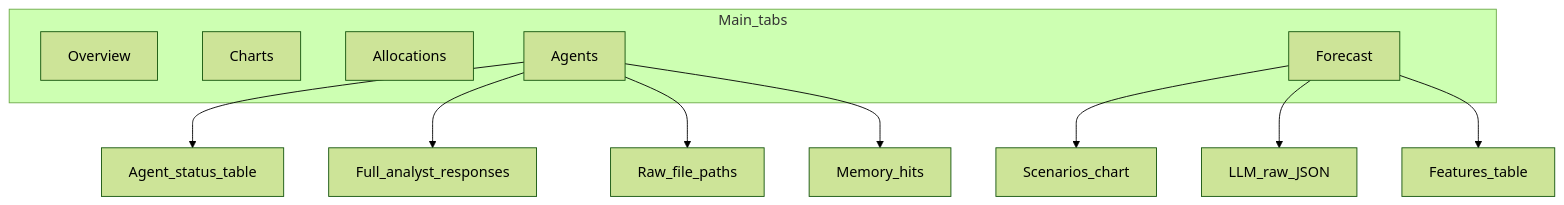
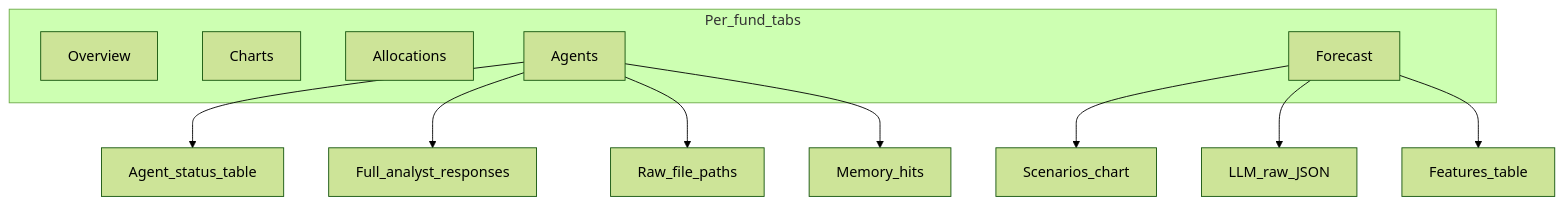
One commit to psunil0001-sys/revops changed the sixth of 7 diagrams in README.md. Above: the diagram before and after it, drawn with Mermaid (forest theme). The commit also changed other lines of this file and 27 other files, not shown here.

````diff
--- a/README.md
+++ b/README.md
@@ -129,19 +217,19 @@
 ```mermaid
 flowchart TB
-  subgraph tabs [Main_tabs]
+  subgraph tabs [Per_fund_tabs]
     O[Overview]
     C[Charts]
     A[Allocations]
     AG[Agents]
     F[Forecast]
   end
 
   AG --> status[Agent_status_table]
   AG --> briefs[Full_analyst_responses]
   AG --> rawpaths[Raw_file_paths]
   AG --> memhits[Memory_hits]
 
   F --> scen[Scenarios_chart]
   F --> llmraw[LLM_raw_JSON]
   F --> feats[Features_table]
 ```
````
